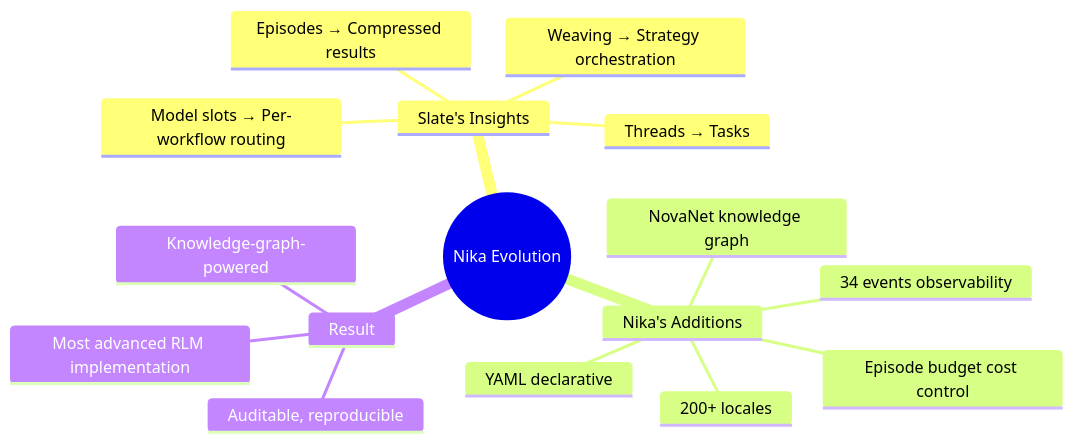
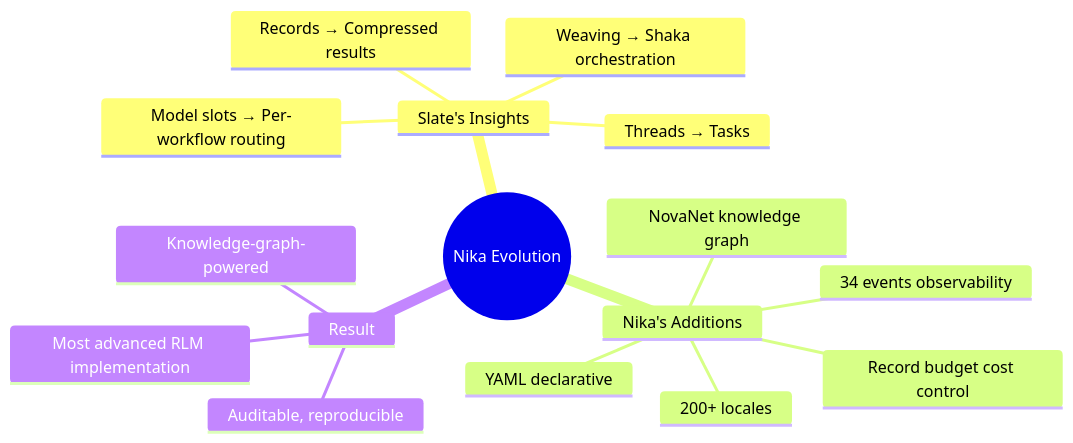
The eighth of 8 diagrams in docs/brainstorm/nika-evolution/07-slate-deep-integration.md (supernovae-st/nika), drawn with Mermaid before and after one commit. The commit also changed other lines of this file and 12 other files, not shown here.

````diff
--- a/docs/brainstorm/nika-evolution/07-slate-deep-integration.md
+++ b/docs/brainstorm/nika-evolution/07-slate-deep-integration.md
@@ -471,19 +471,19 @@
 ```mermaid
 mindmap
     root((Nika Evolution))
         Slate's Insights
             Threads → Tasks
-            Episodes → Compressed results
-            Weaving → Strategy orchestration
+            Records → Compressed results
+            Weaving → Shaka orchestration
             Model slots → Per-workflow routing
         Nika's Additions
             YAML declarative
             NovaNet knowledge graph
             34 events observability
-            Episode budget cost control
+            Record budget cost control
             200+ locales
         Result
             Most advanced RLM implementation
             Auditable, reproducible
             Knowledge-graph-powered
 ```
````
